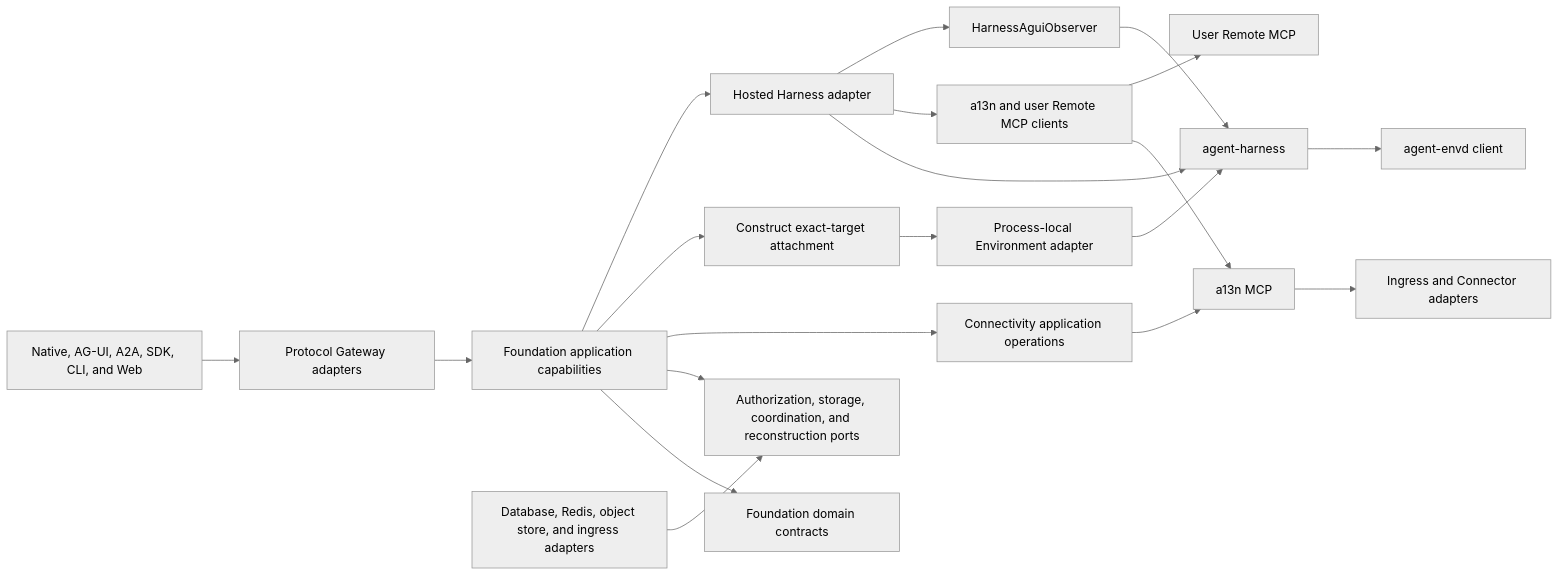
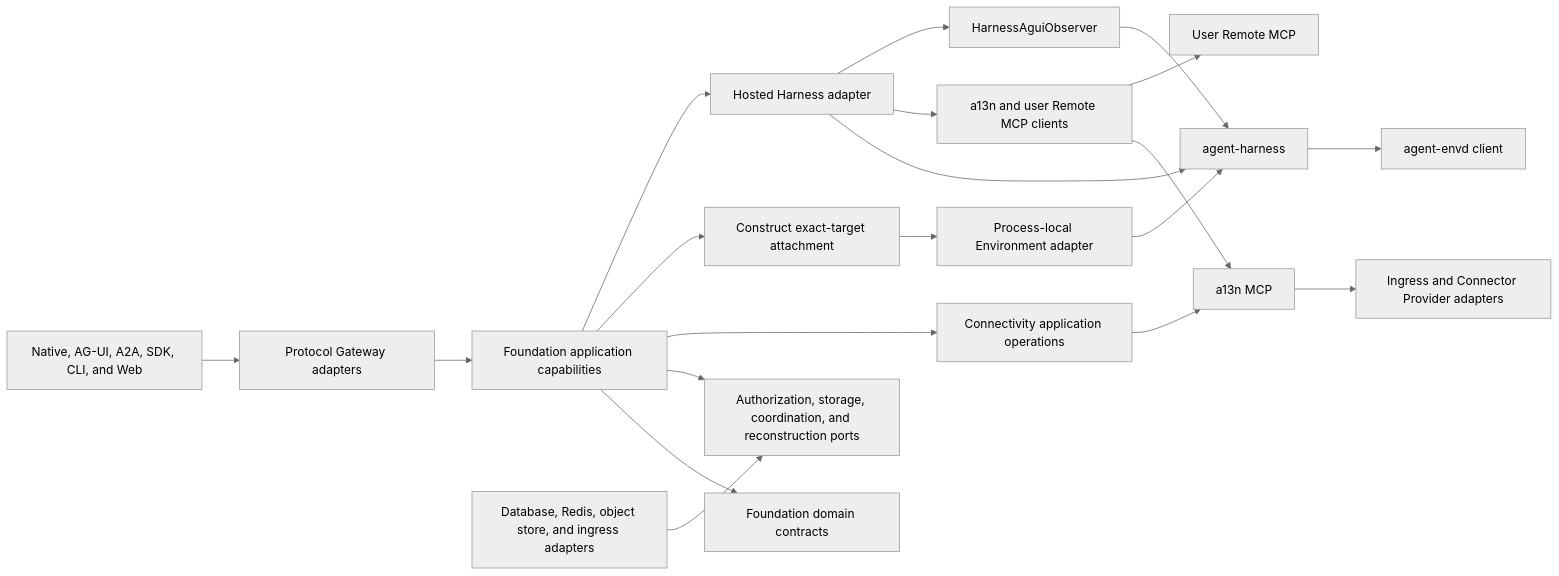
The fifth of 5 diagrams in spec/foundation-service/00-overview.md (LTThreeComma/agent-foundation), drawn with Mermaid (neutral theme) before and after one commit. The commit also changed other lines of this file and 22 other files, not shown here.

````diff
--- a/spec/foundation-service/00-overview.md
+++ b/spec/foundation-service/00-overview.md
@@ -286,22 +286,22 @@
 ```mermaid
 flowchart LR
     Surfaces[Native, AG-UI, A2A, SDK, CLI, and Web] --> Gateway[Protocol Gateway adapters]
     Gateway --> Applications[Foundation application capabilities]
     Applications --> Domain[Foundation domain contracts]
     Applications --> Ports[Authorization, storage, coordination, and reconstruction ports]
     Adapters[Database, Redis, object store, and ingress adapters] --> Ports
     Applications --> Connectivity[Connectivity application operations]
     Applications --> EnvProvider[Construct exact-target attachment]
     Applications --> HostedHarness[Hosted Harness adapter]
     HostedHarness --> Harness[agent-harness]
     HostedHarness --> MCPClients[a13n and user Remote MCP clients]
     MCPClients --> A13nMCP[a13n MCP]
     MCPClients --> UserMCP[User Remote MCP]
     Connectivity --> A13nMCP
-    A13nMCP --> ConnectivityAdapters[Ingress and Connector adapters]
+    A13nMCP --> ConnectivityAdapters[Ingress and Connector Provider adapters]
     EnvProvider --> EnvironmentAdapter[Process-local Environment adapter]
     EnvironmentAdapter --> Harness
     HostedHarness --> Observer[HarnessAguiObserver]
     Observer --> Harness
     Harness --> EnvdClient[agent-envd client]
 ```
````
